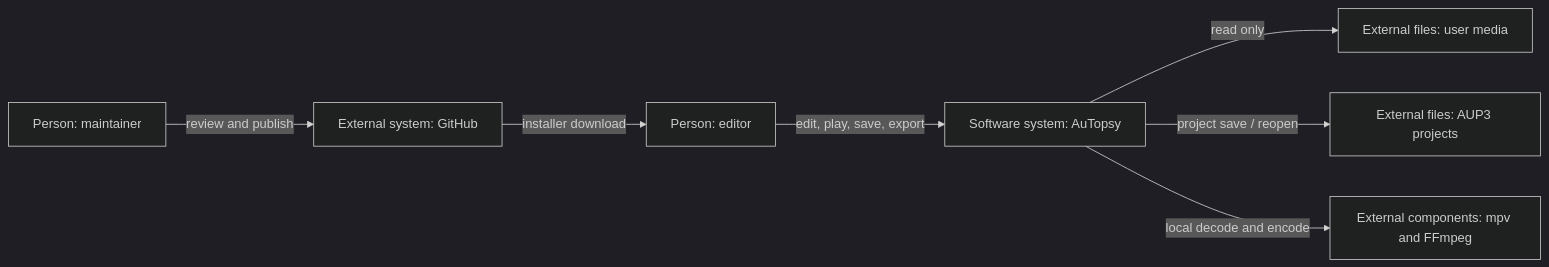
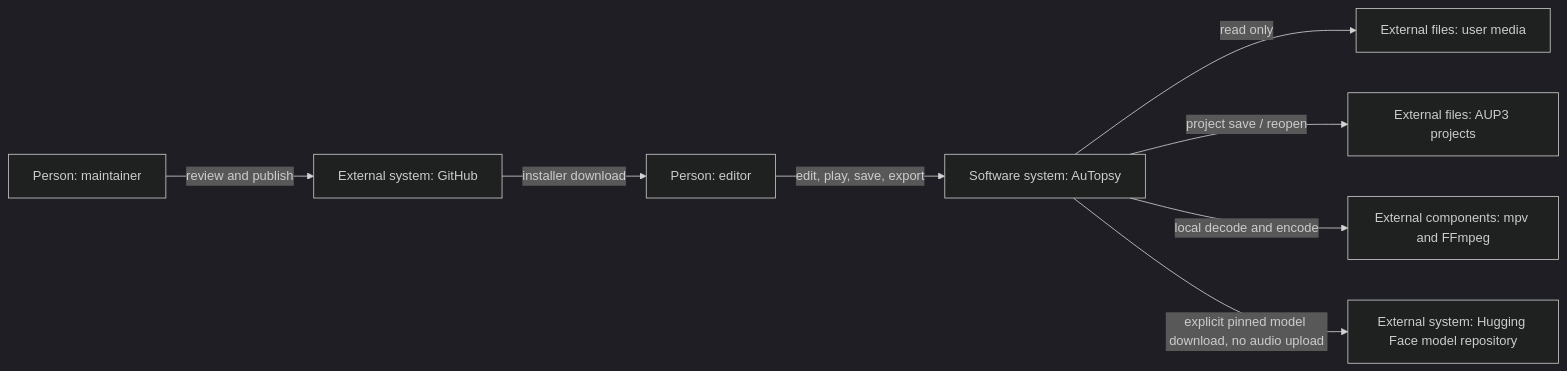
The first of 4 diagrams in docs/design.md (Ceratops-Code/AuTopsy), drawn with Mermaid (dark theme) before and after one commit. The commit also changed other lines of this file and 24 other files, not shown here.

````diff
--- a/docs/design.md
+++ b/docs/design.md
@@ -105,9 +105,10 @@
 ```mermaid
 flowchart LR
   Editor["Person: editor"] -->|"edit, play, save, export"| App["Software system: AuTopsy"]
   App -->|"read only"| Media["External files: user media"]
   App -->|"project save / reopen"| Project["External files: AUP3 projects"]
   App -->|"local decode and encode"| Tools["External components: mpv and FFmpeg"]
+  App -->|"explicit pinned model download, no audio upload"| Models["External system: Hugging Face model repository"]
   Maintainer["Person: maintainer"] -->|"review and publish"| GitHub["External system: GitHub"]
   GitHub -->|"installer download"| Editor
 ```
````
